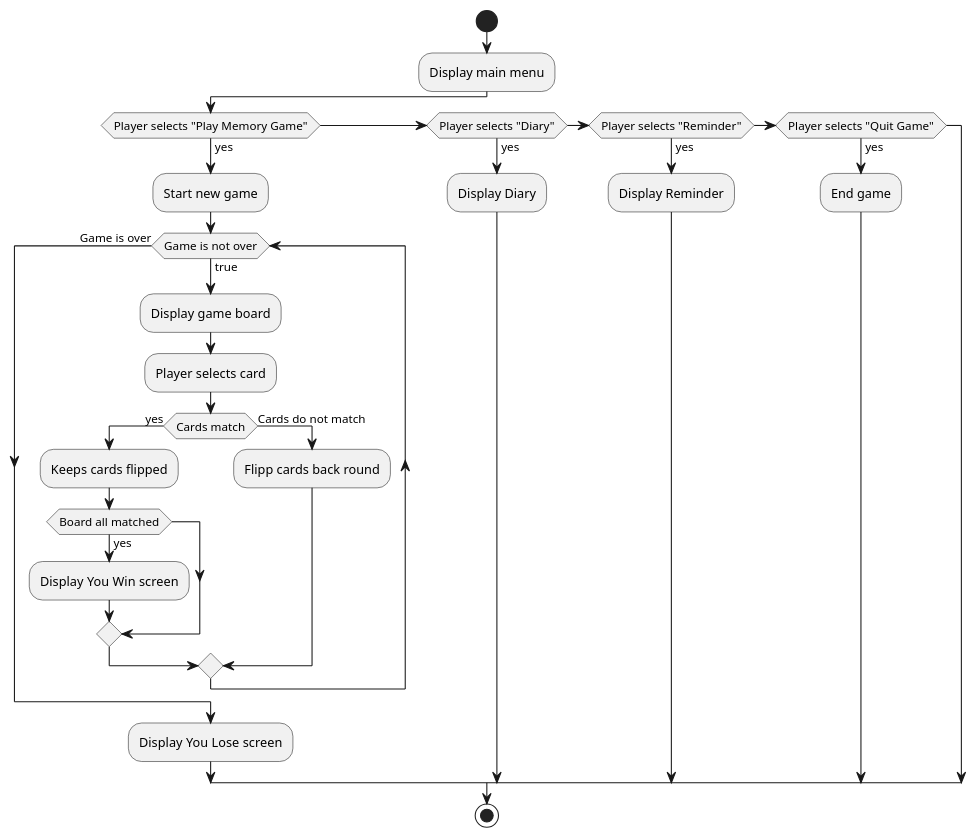
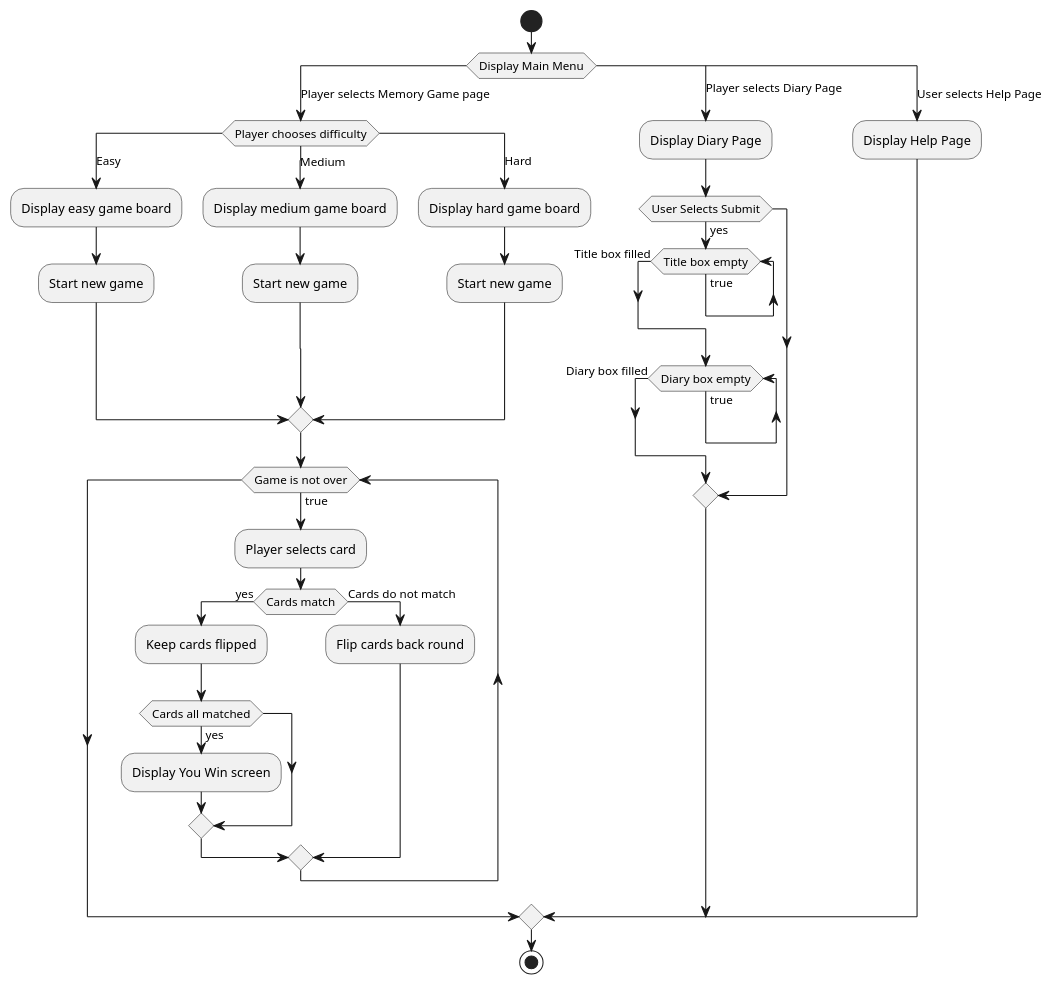
One commit to GeorgeWFunnell/Final-Year-Project changed the diagram in Diagrams/Activity-Diagram.puml. Above: the diagram before and after it, drawn with PlantUML. The commit also changed 3 other files, not shown here.

Commit message:
diagrams

```diff
--- a/Diagrams/Activity-Diagram.puml
+++ b/Diagrams/Activity-Diagram.puml
@@ -1,27 +1,40 @@
 @startuml Activity Diagram
 start
-:Display main menu;
-if (Player selects "Play Memory Game") then (yes)
-  :Start new game;
-  while (Game is not over) is (true)
-    :Display game board;
-    :Player selects card;
-    if (Cards match) then (yes)
-      :Keeps cards flipped;
-      if (Board all matched) then (yes)
-        :Display You Win screen;
+
+switch (Display Main Menu)
+   case (Player selects Memory Game page)
+      switch (Player chooses difficulty)
+         case (Easy)
+            :Display easy game board;
+            :Start new game;
+         case (Medium)
+            :Display medium game board;
+            :Start new game;
+         case (Hard)
+            :Display hard game board;
+            :Start new game;
+      endswitch   
+      while (Game is not over) is (true)
+         :Player selects card;
+         if (Cards match) then (yes)
+            :Keep cards flipped;
+            if (Cards all matched) then (yes)
+               :Display You Win screen;
+            endif
+         else (Cards do not match)
+            :Flip cards back round;
+         endif
+      endwhile
+   case (Player selects Diary Page)
+      :Display Diary Page;
+      if (User Selects Submit) then (yes)
+         while (Title box empty) is (true)
+         endwhile (Title box filled)
+         while (Diary box empty) is (true)
+         endwhile (Diary box filled)
       endif
-    else (Cards do not match)
-      :Flipp cards back round;
-    endif
-  endwhile (Game is over)
-  :Display You Lose screen;
-elseif (Player selects "Diary") then (yes)
-  :Display Diary;
-elseif (Player selects "Reminder") then (yes)
-  :Display Reminder;
-elseif (Player selects "Quit Game") then (yes)
-  :End game;
-endif
+   case (User selects Help Page)
+      :Display Help Page;
+   endswitch
 stop
 @enduml
```
